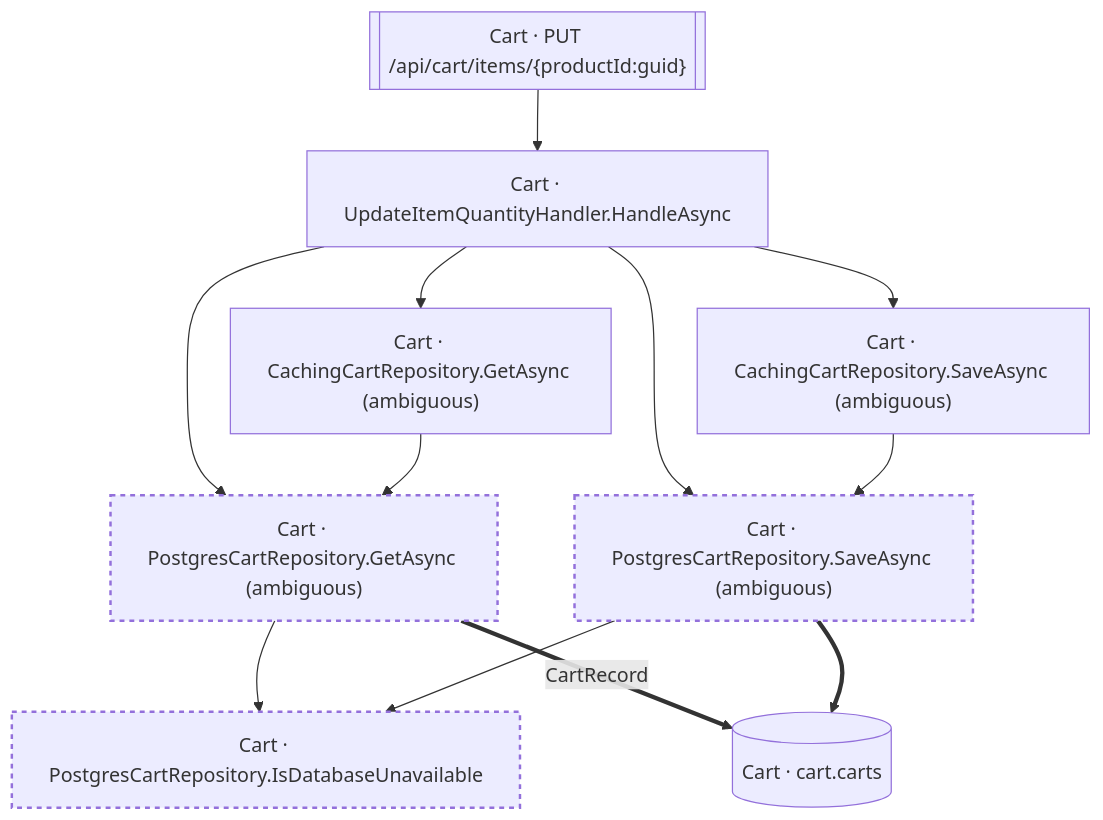
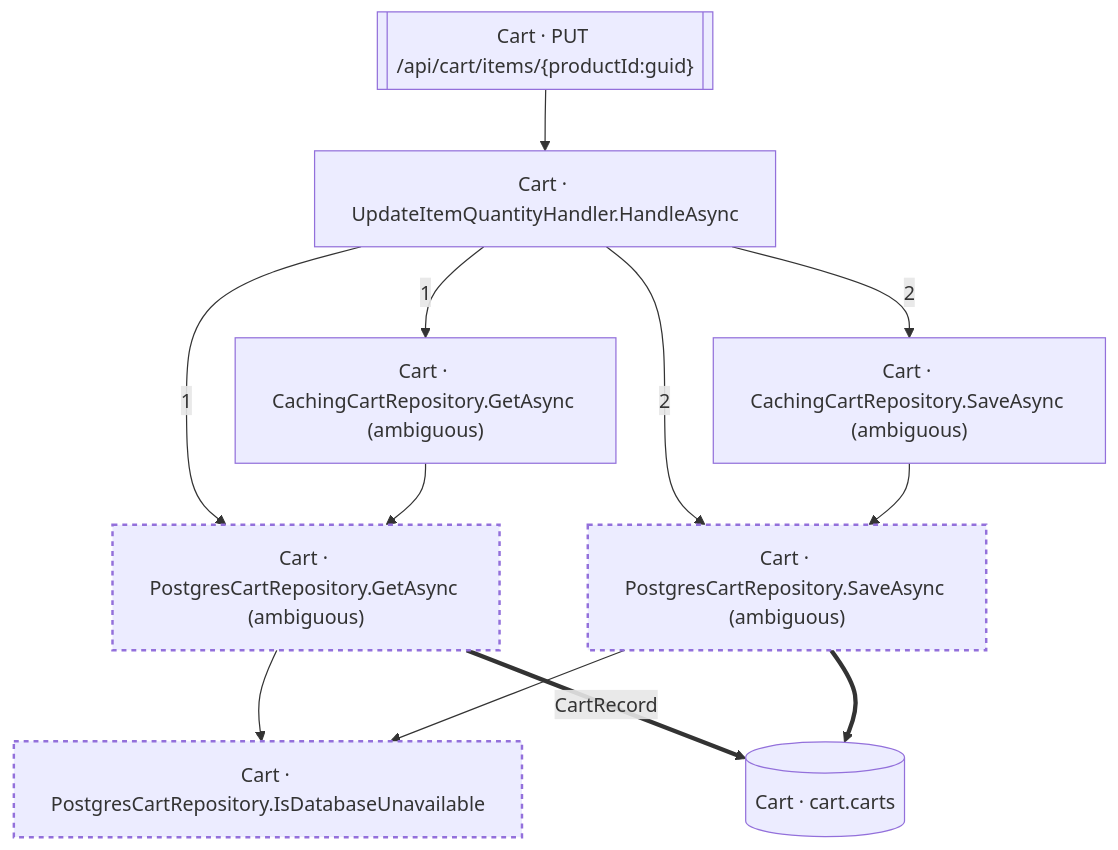
The diagram in out/flows/put-api-cart-items-productid-guid.md (onurnafiguzel/FlowLens), drawn with Mermaid before and after one commit. The commit also changed other lines of this file and 28 other files, not shown here.

Commit message:
feat(graph): record call sites on CALLS edges and feat(docs): order sibling edges by source position, number call sites and docs: regenerate site with source-ordered flow diagrams

````diff
--- a/out/flows/put-api-cart-items-productid-guid.md
+++ b/out/flows/put-api-cart-items-productid-guid.md
@@ -7,26 +7,26 @@
 ```mermaid
 flowchart TD
   n0["Cart · UpdateItemQuantityHandler.HandleAsync"]
   n1["Cart · CachingCartRepository.GetAsync (ambiguous)"]
   n2["Cart · CachingCartRepository.SaveAsync (ambiguous)"]
   n3["Cart · PostgresCartRepository.GetAsync (ambiguous)"]
   n4["Cart · PostgresCartRepository.IsDatabaseUnavailable"]
   n5["Cart · PostgresCartRepository.SaveAsync (ambiguous)"]
   n6[["Cart · PUT /api/cart/items/{productId:guid}"]]
   n7[("Cart · cart.carts")]
 
-  n0 --> n1
-  n0 --> n2
-  n0 --> n3
-  n0 --> n5
+  n0 -->|"1"| n1
+  n0 -->|"1"| n3
+  n0 -->|"2"| n2
+  n0 -->|"2"| n5
   n1 --> n3
   n2 --> n5
   n3 --> n4
   n3 ==>|"CartRecord"| n7
   n5 --> n4
   n5 ==> n7
   n6 --> n0
 
   classDef unseen stroke-dasharray: 4 4,stroke-width:2px
   class n3,n4,n5 unseen
 ```
````
